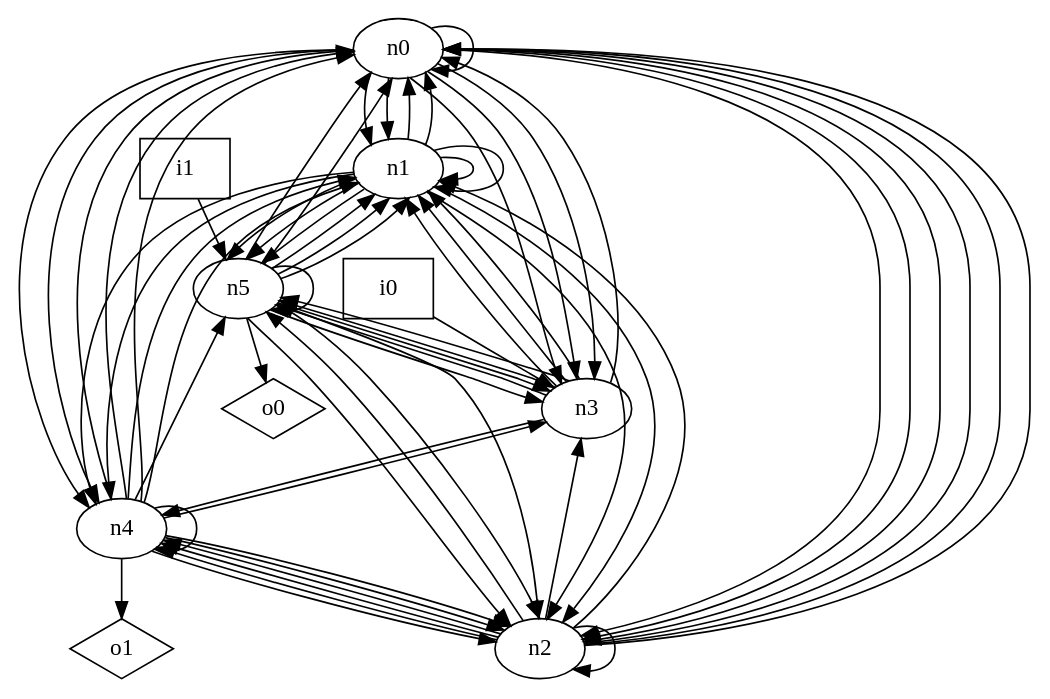
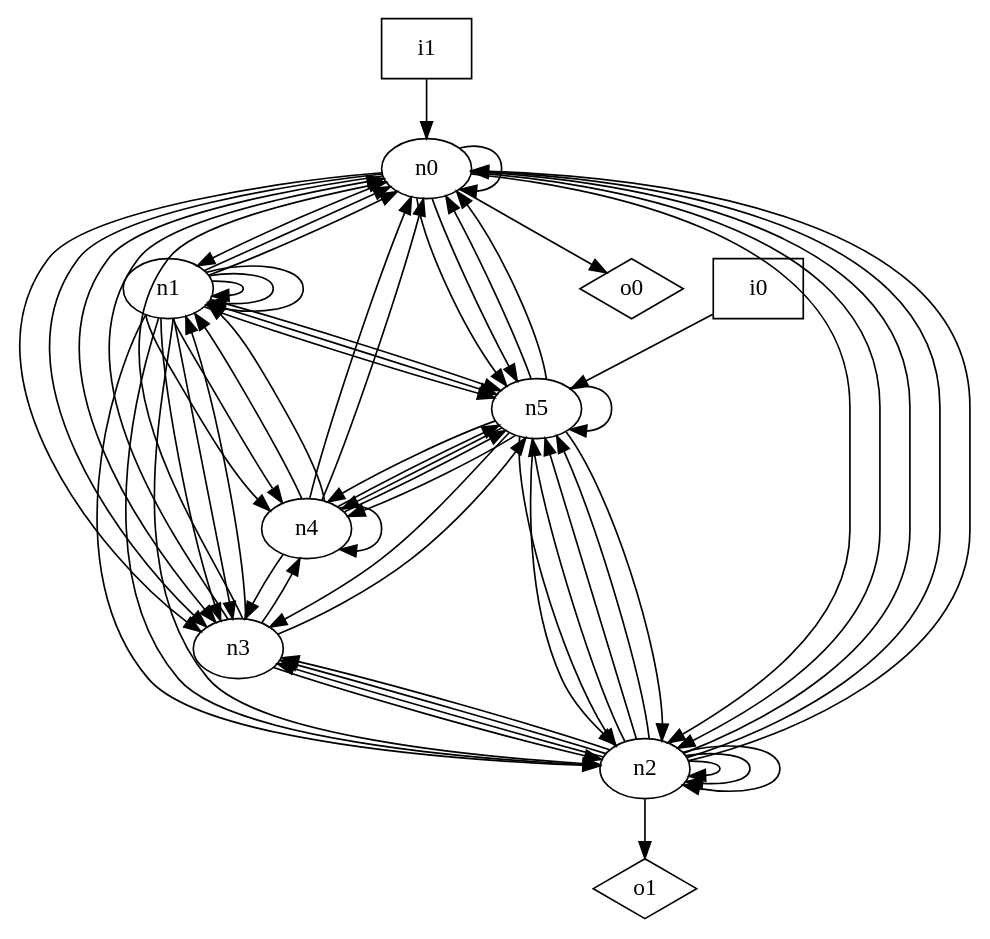
One commit to p9romain/bool-circuits changed the diagram in dot_files/random_graph/graph.dot. Above: the diagram before and after it, drawn with Graphviz. The commit also changed 74 other files, not shown here.

```diff
--- a/dot_files/random_graph/graph.dot
+++ b/dot_files/random_graph/graph.dot
@@ -1,78 +1,76 @@
 digraph G {
 n0 [label="n0"];
 n1 [label="n1"];
 n2 [label="n2"];
 n3 [label="n3"];
 n4 [label="n4"];
 n5 [label="n5"];
 n6 [label="i0",shape="box"];
 n7 [label="i1",shape="box"];
 n8 [label="o0",shape="diamond"];
 n9 [label="o1",shape="diamond"];
 n0 -> n0
 n0 -> n1
-n0 -> n1
-n0 -> n2
 n0 -> n2
 n0 -> n2
 n0 -> n3
 n0 -> n3
 n0 -> n3
-n0 -> n4
-n0 -> n4
+n0 -> n5
+n0 -> n5
+n0 -> n8
 n1 -> n0
 n1 -> n0
 n1 -> n1
 n1 -> n1
+n1 -> n1
 n1 -> n2
 n1 -> n2
+n1 -> n2
+n1 -> n3
+n1 -> n3
 n1 -> n4
 n1 -> n4
 n1 -> n5
 n1 -> n5
 n1 -> n5
 n2 -> n0
 n2 -> n0
 n2 -> n0
-n2 -> n1
+n2 -> n2
+n2 -> n2
 n2 -> n2
 n2 -> n3
-n2 -> n4
-n2 -> n4
-n2 -> n4
+n2 -> n3
+n2 -> n3
 n2 -> n5
+n2 -> n5
+n2 -> n5
+n2 -> n9
+n3 -> n0
 n3 -> n0
 n3 -> n1
-n3 -> n1
-n3 -> n1
+n3 -> n2
 n3 -> n4
 n3 -> n5
-n3 -> n5
-n3 -> n5
-n4 -> n0
 n4 -> n0
 n4 -> n0
 n4 -> n1
 n4 -> n1
-n4 -> n2
-n4 -> n2
-n4 -> n2
 n4 -> n3
 n4 -> n4
 n4 -> n5
-n4 -> n9
+n4 -> n5
 n5 -> n0
 n5 -> n0
-n5 -> n1
-n5 -> n1
-n5 -> n1
 n5 -> n2
 n5 -> n2
 n5 -> n2
 n5 -> n3
-n5 -> n3
+n5 -> n4
+n5 -> n4
+n5 -> n4
 n5 -> n5
-n5 -> n8
-n6 -> n3
-n7 -> n5
+n6 -> n5
+n7 -> n0
 }
```
